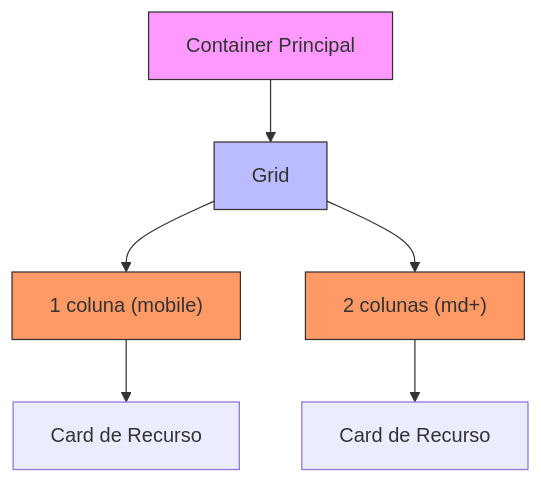
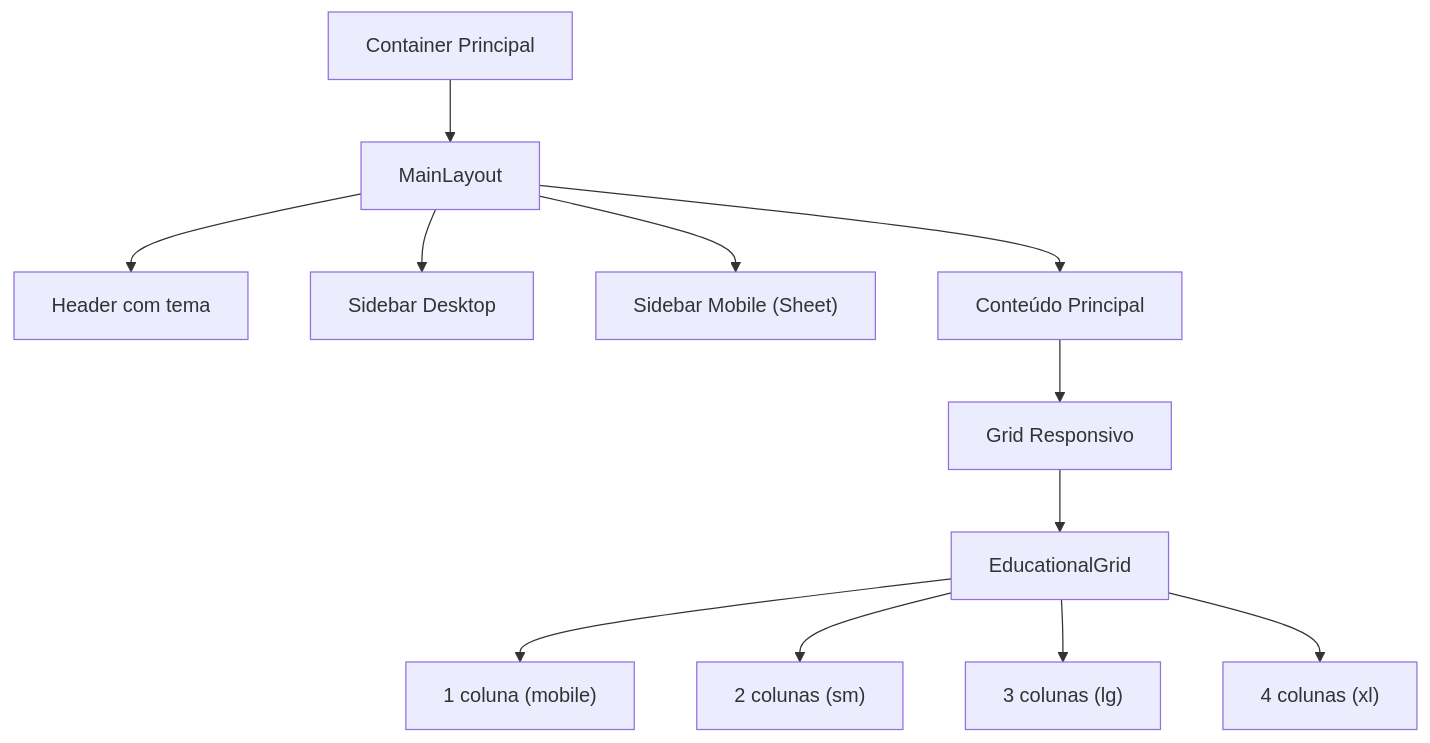
Before and after one commit to jordansmedeiros/virtuquest: the sixth of 11 diagrams in .qoder/repowiki/pt/content/Arquitetura de Componentes/Exemplos de Uso.md, drawn with Mermaid. The commit also changed other lines of this file and 32 other files, not shown here.

````diff
--- a/.qoder/repowiki/pt/content/Arquitetura de Componentes/Exemplos de Uso.md
+++ b/.qoder/repowiki/pt/content/Arquitetura de Componentes/Exemplos de Uso.md
@@ -193,12 +169,14 @@
 ```mermaid
 graph TD
-A["Container Principal"] --> B["Grid"]
-B --> C["1 coluna (mobile)"]
-B --> D["2 colunas (md+)"]
-C --> E["Card de Recurso"]
-D --> F["Card de Recurso"]
-style A fill:#f9f,stroke:#333
-style B fill:#bbf,stroke:#333
-style C fill:#f96,stroke:#333
-style D fill:#f96,stroke:#333
+A["Container Principal"] --> B["MainLayout"]
+B --> C["Header com tema"]
+B --> D["Sidebar Desktop"]
+B --> E["Sidebar Mobile (Sheet)"]
+B --> F["Conteúdo Principal"]
+F --> G["Grid Responsivo"]
+G --> H["EducationalGrid"]
+H --> I["1 coluna (mobile)"]
+H --> J["2 colunas (sm)"]
+H --> K["3 colunas (lg)"]
+H --> L["4 colunas (xl)"]
 ```
````
